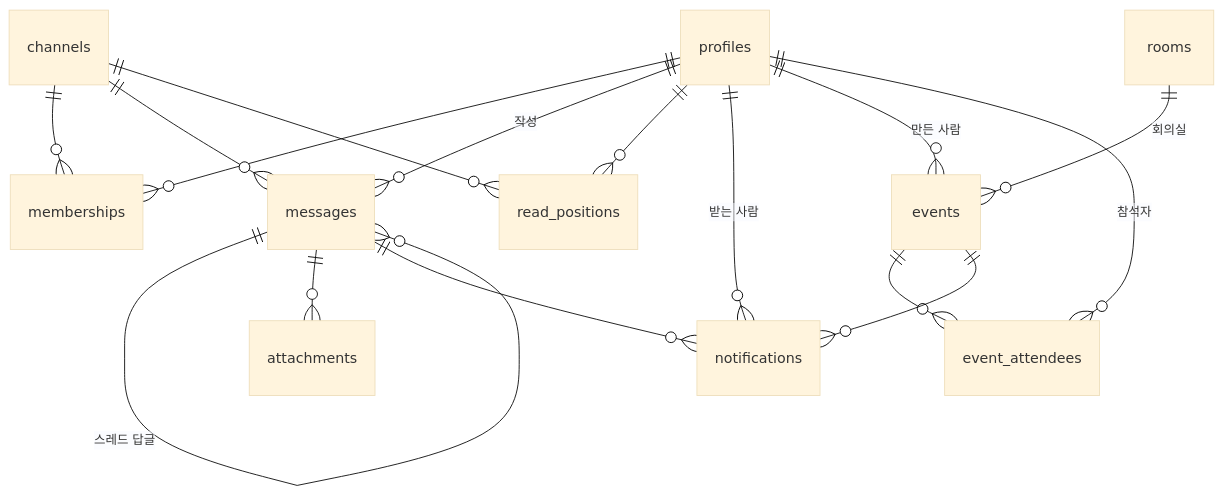
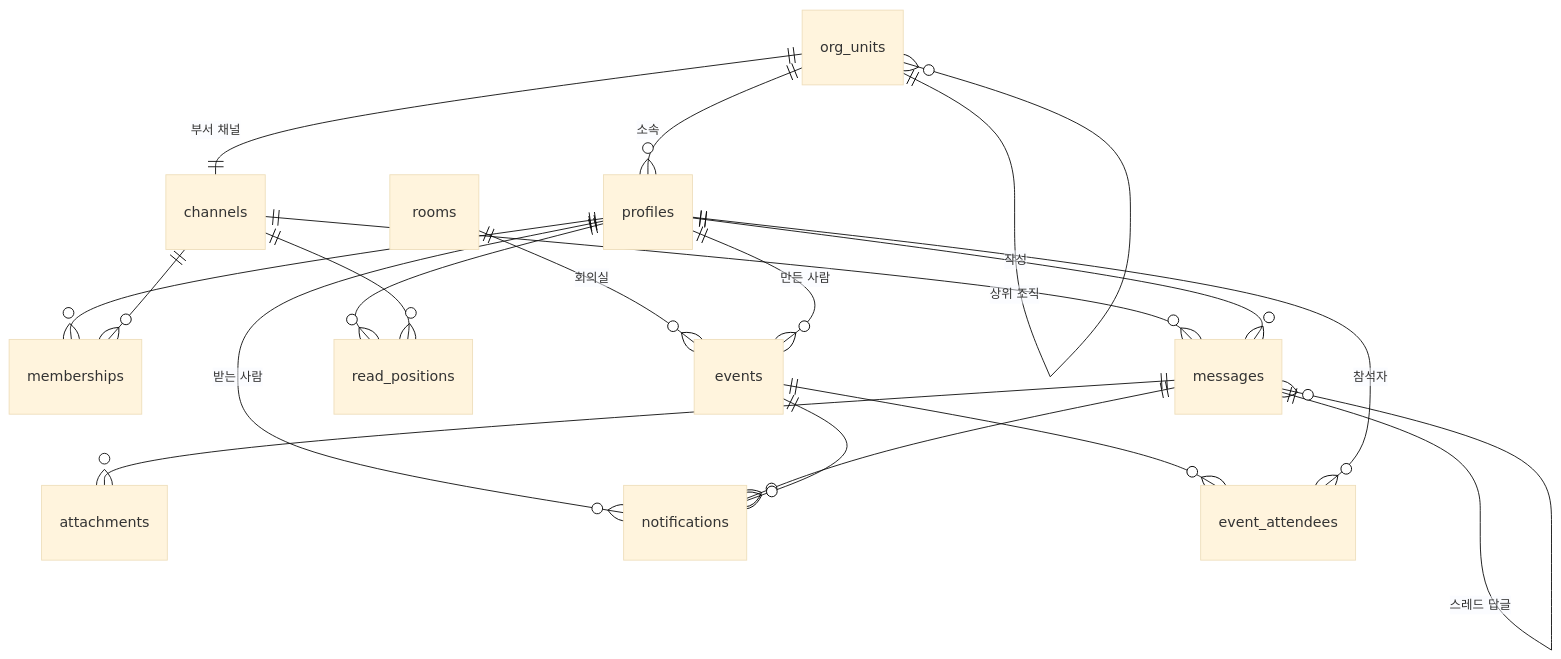
Before and after one commit to rome777/office-chat: the second of 2 diagrams in DevelopDoc/TECH_SPEC.md, drawn with Mermaid (base theme). The commit also changed other lines of this file and 14 other files, not shown here.

````diff
--- a/DevelopDoc/TECH_SPEC.md
+++ b/DevelopDoc/TECH_SPEC.md
@@ -74,18 +74,21 @@
 ```mermaid
 erDiagram
   profiles ||--o{ memberships : ""
   channels ||--o{ memberships : ""
   channels ||--o{ messages : ""
   profiles ||--o{ messages : "작성"
   messages ||--o{ messages : "스레드 답글"
   messages ||--o{ attachments : ""
   profiles ||--o{ read_positions : ""
   channels ||--o{ read_positions : ""
   profiles ||--o{ notifications : "받는 사람"
   messages ||--o{ notifications : ""
   rooms ||--o{ events : "회의실"
   profiles ||--o{ events : "만든 사람"
   events ||--o{ event_attendees : ""
   profiles ||--o{ event_attendees : "참석자"
   events ||--o{ notifications : ""
+  org_units ||--o{ org_units : "상위 조직"
+  org_units ||--o{ profiles : "소속"
+  org_units ||--|| channels : "부서 채널"
 ```
````
